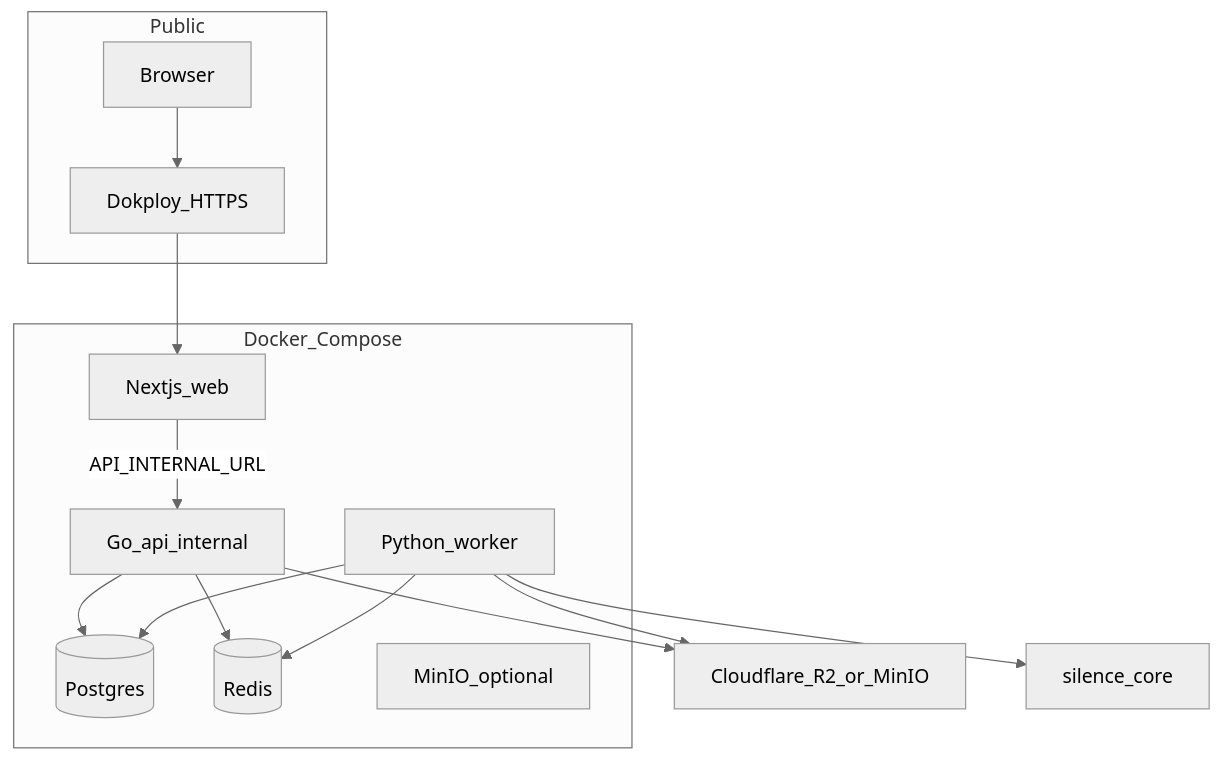
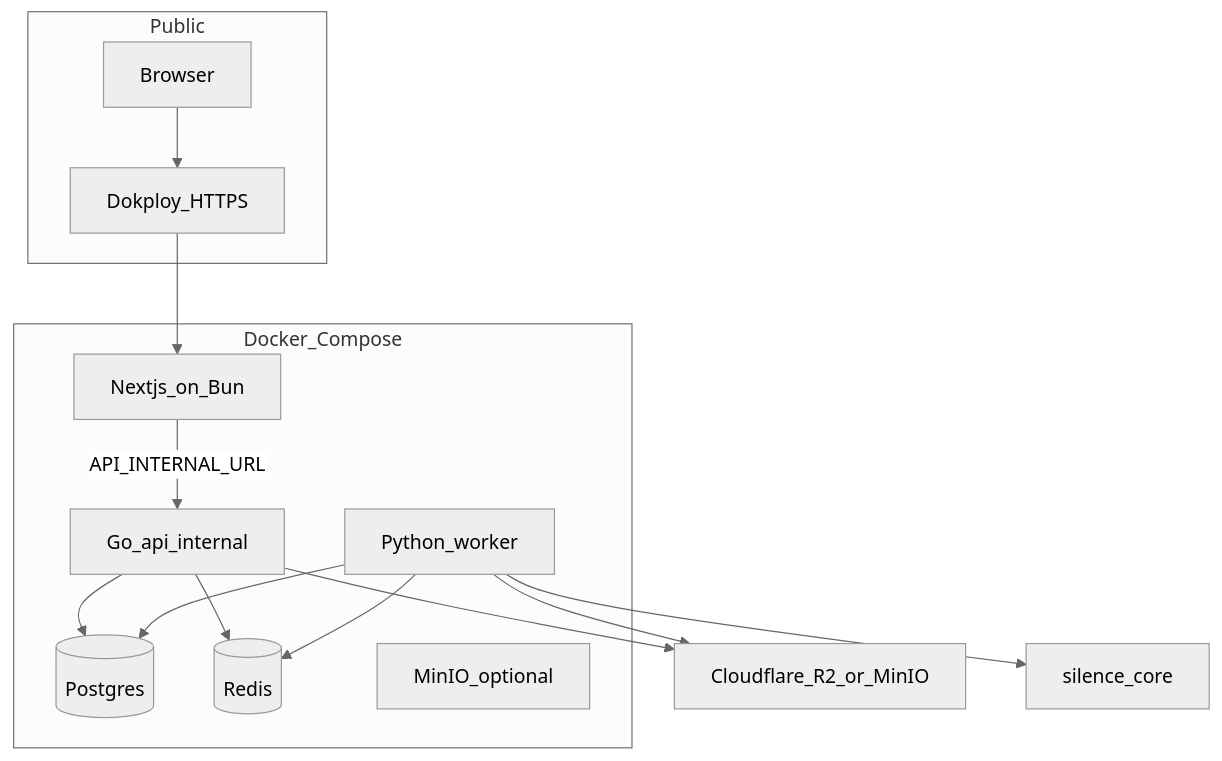
Before and after one commit to farukcan/silence-remover: the first of 2 diagrams in docs/architecture.md, drawn with Mermaid (neutral theme). The commit also changed other lines of this file and 7 other files, not shown here.

First line of the commit message:
fix: security-migrate web application to Bun and update dependencies

````diff
--- a/docs/architecture.md
+++ b/docs/architecture.md
@@ -38,25 +38,25 @@
 ```mermaid
 flowchart TB
   subgraph public [Public]
     User[Browser]
     Dokploy[Dokploy_HTTPS]
   end
   subgraph compose [Docker_Compose]
-    Web[Nextjs_web]
+    Web[Nextjs_on_Bun]
     API[Go_api_internal]
     Worker[Python_worker]
     PG[(Postgres)]
     Redis[(Redis)]
     Minio[MinIO_optional]
   end
   S3[Cloudflare_R2_or_MinIO]
   User --> Dokploy --> Web
   Web -->|"API_INTERNAL_URL"| API
   API --> PG
   API --> Redis
   API --> S3
   Worker --> Redis
   Worker --> PG
   Worker --> S3
   Worker --> Core[silence_core]
 ```
````
